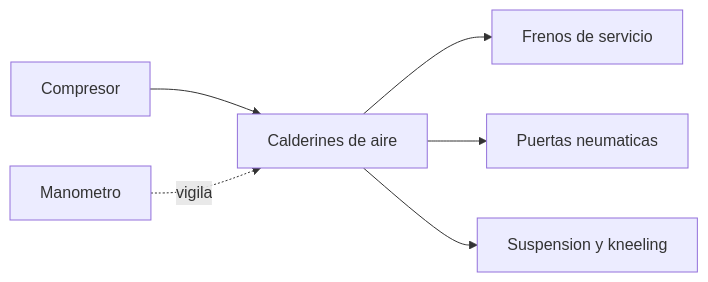
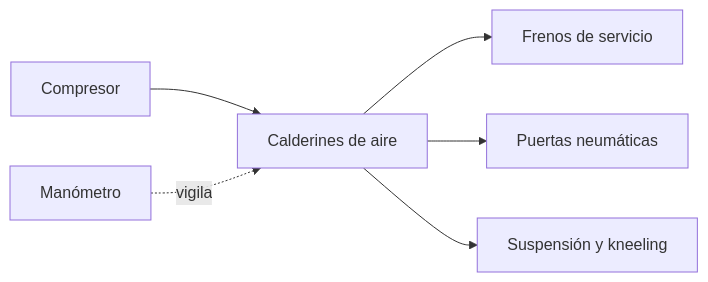
The diagram in vehiculos/buses/recursos/recursos-bus.md (vladimiracunadev-create/machine-operator-program), drawn with Mermaid before and after one commit. The commit also changed other lines of this file and 442 other files, not shown here.

````diff
--- a/vehiculos/buses/recursos/recursos-bus.md
+++ b/vehiculos/buses/recursos/recursos-bus.md
@@ -29,8 +29,8 @@
 ```mermaid
 flowchart LR
     Compresor[Compresor] --> Calderines[Calderines de aire]
     Calderines --> Frenos[Frenos de servicio]
-    Calderines --> Puertas[Puertas neumaticas]
-    Calderines --> Suspension[Suspension y kneeling]
-    Manometro[Manometro] -. vigila .-> Calderines
+    Calderines --> Puertas[Puertas neumáticas]
+    Calderines --> Suspension[Suspensión y kneeling]
+    Manometro[Manómetro] -. vigila .-> Calderines
 ```
````
